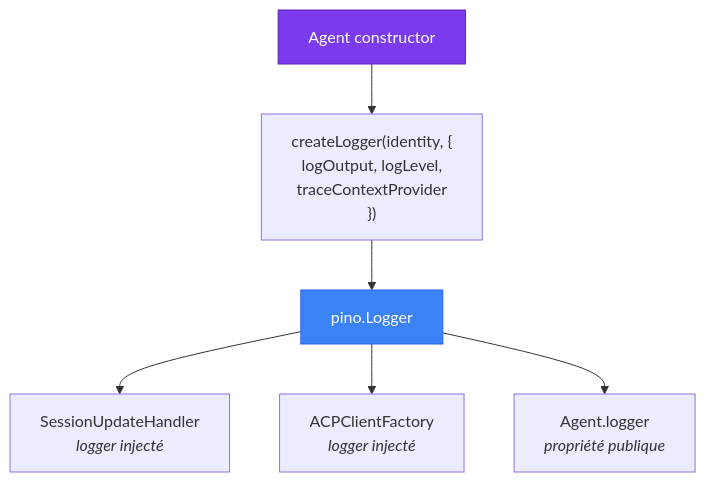
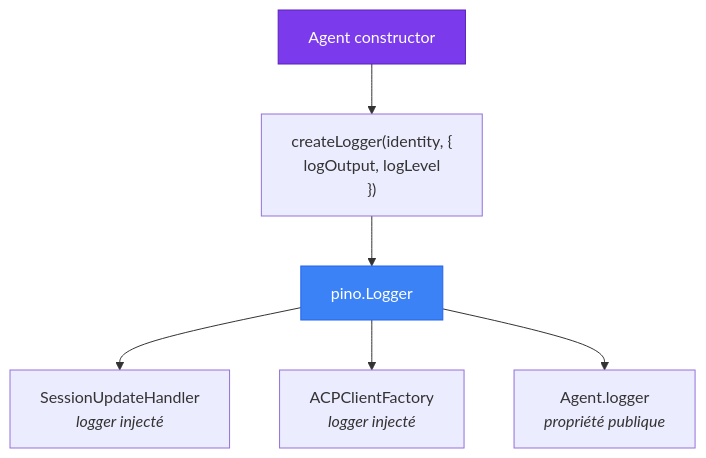
One commit to atinseau/stark changed the fourth of 4 diagrams in docs/components/logger.md. Above: the diagram before and after it, drawn with Mermaid. The commit also changed other lines of this file and 13 other files, not shown here.

````diff
--- a/docs/components/logger.md
+++ b/docs/components/logger.md
@@ -457,13 +371,13 @@
 ```mermaid
 flowchart TD
     A["Agent constructor"]
-    A --> CREATE["createLogger(identity, {<br/>  logOutput, logLevel,<br/>  traceContextProvider<br/>})"]
+    A --> CREATE["createLogger(identity, {<br/>  logOutput, logLevel<br/>})"]
     CREATE --> L["pino.Logger"]
 
     L --> SUH["SessionUpdateHandler<br/><em>logger injecté</em>"]
     L --> ACF["ACPClientFactory<br/><em>logger injecté</em>"]
     L --> AGENT["Agent.logger<br/><em>propriété publique</em>"]
 
     style A fill:#7c3aed,stroke:#5b21b6,color:#fff
     style L fill:#3b82f6,stroke:#2563eb,color:#fff
 ```
````
